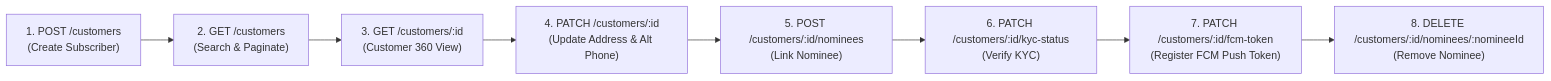
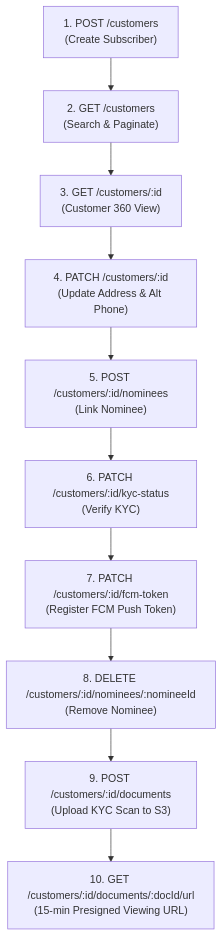
Before and after one commit to Kathir-24/Kumaran-finance: the diagram in apps/api/scripts/docs/lifecycle/lifecycle-2-live-execution-proof-report.md, drawn with Mermaid. The commit also changed other lines of this file and 5 other files, not shown here.

````diff
--- a/apps/api/scripts/docs/lifecycle/lifecycle-2-live-execution-proof-report.md
+++ b/apps/api/scripts/docs/lifecycle/lifecycle-2-live-execution-proof-report.md
@@ -16,10 +16,12 @@
 ```mermaid
-flowchart LR
+flowchart TD
     A["1. POST /customers\n(Create Subscriber)"] --> B["2. GET /customers\n(Search & Paginate)"]
     B --> C["3. GET /customers/:id\n(Customer 360 View)"]
     C --> D["4. PATCH /customers/:id\n(Update Address & Alt Phone)"]
     D --> E["5. POST /customers/:id/nominees\n(Link Nominee)"]
     E --> F["6. PATCH /customers/:id/kyc-status\n(Verify KYC)"]
     F --> G["7. PATCH /customers/:id/fcm-token\n(Register FCM Push Token)"]
     G --> H["8. DELETE /customers/:id/nominees/:nomineeId\n(Remove Nominee)"]
+    H --> I["9. POST /customers/:id/documents\n(Upload KYC Scan to S3)"]
+    I --> J["10. GET /customers/:id/documents/:docId/url\n(15-min Presigned Viewing URL)"]
 ```
````
